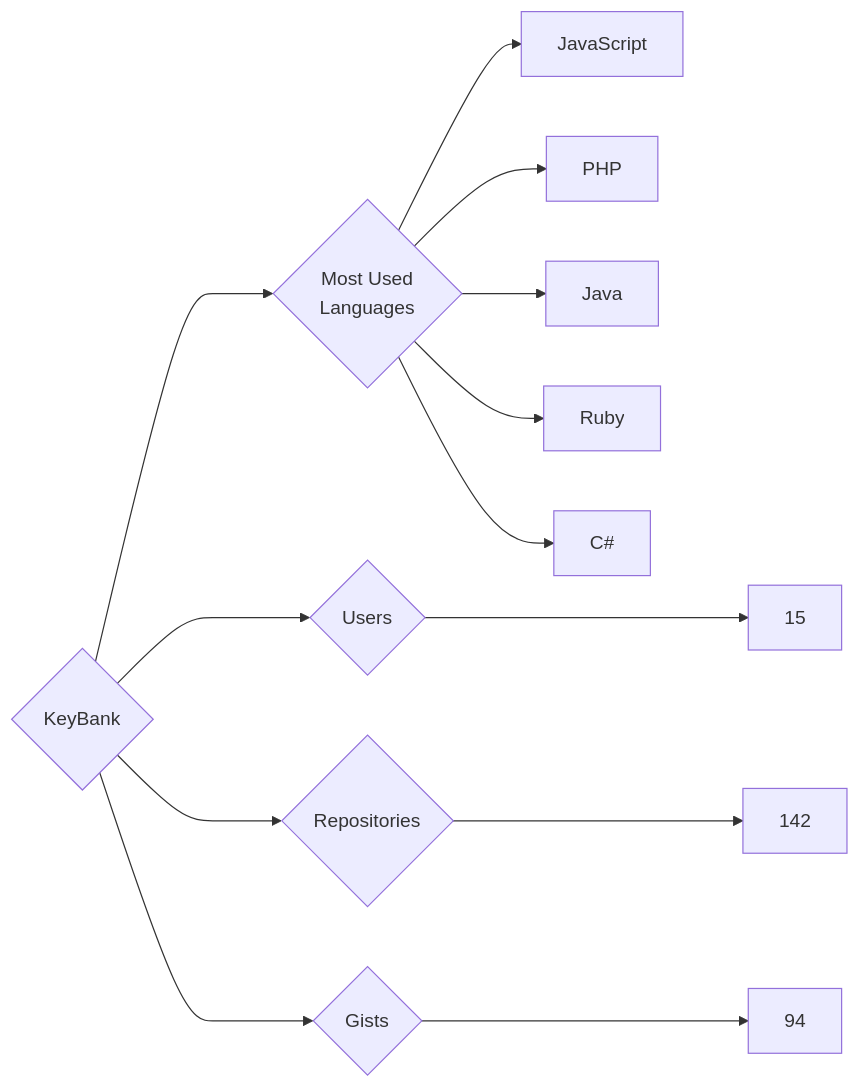
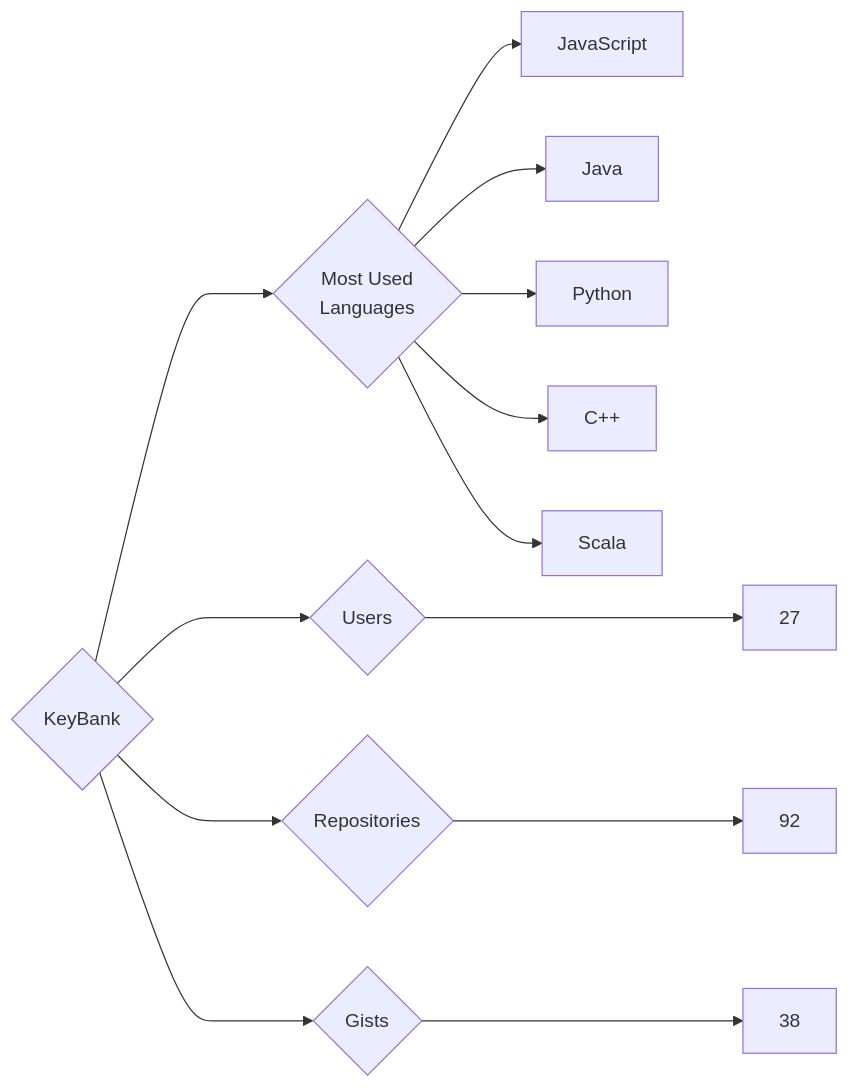
One commit to trickest/insiders changed the diagram in targets/KeyBank/README.md. Above: the diagram before and after it, drawn with Mermaid. The commit also changed 748 other files, not shown here.

````diff
--- a/targets/KeyBank/README.md
+++ b/targets/KeyBank/README.md
@@ -3,13 +3,13 @@
 ```mermaid
 graph LR
 COMPANY_NAME{KeyBank}
-COMPANY_NAME ---> U{Users} ---> UN[15]
-COMPANY_NAME ---> R{Repositories} ---> RN[142]
-COMPANY_NAME ---> G{Gists} ---> GN[94]
+COMPANY_NAME ---> U{Users} ---> UN[27]
+COMPANY_NAME ---> R{Repositories} ---> RN[92]
+COMPANY_NAME ---> G{Gists} ---> GN[38]
 COMPANY_NAME ---> ML{Most Used<br>Languages}
 ML --> JavaScript[JavaScript]
-ML --> PHP[PHP]
 ML --> Java[Java]
-ML --> Ruby[Ruby]
-ML --> C#[C#]
+ML --> Python[Python]
+ML --> C++[C++]
+ML --> Scala[Scala]
 ```
````
